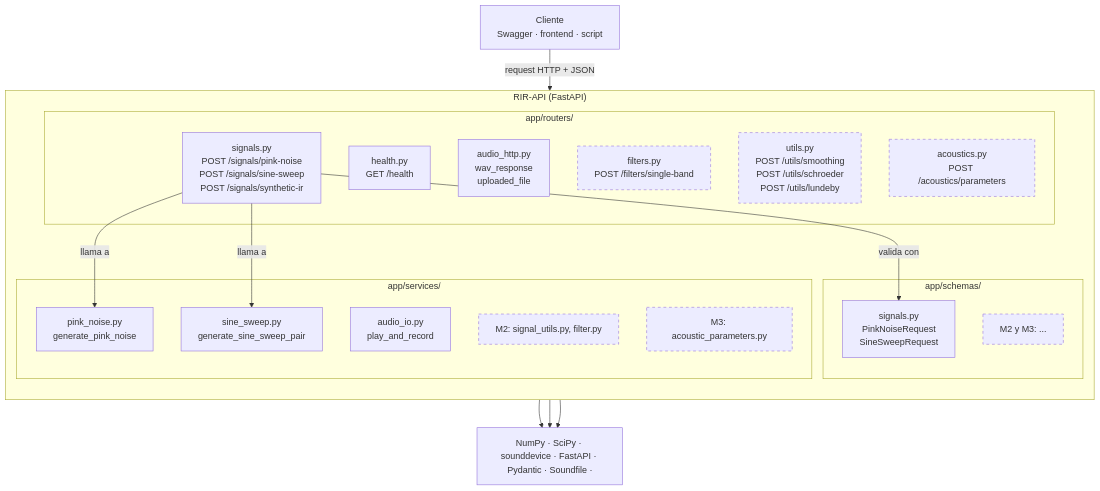
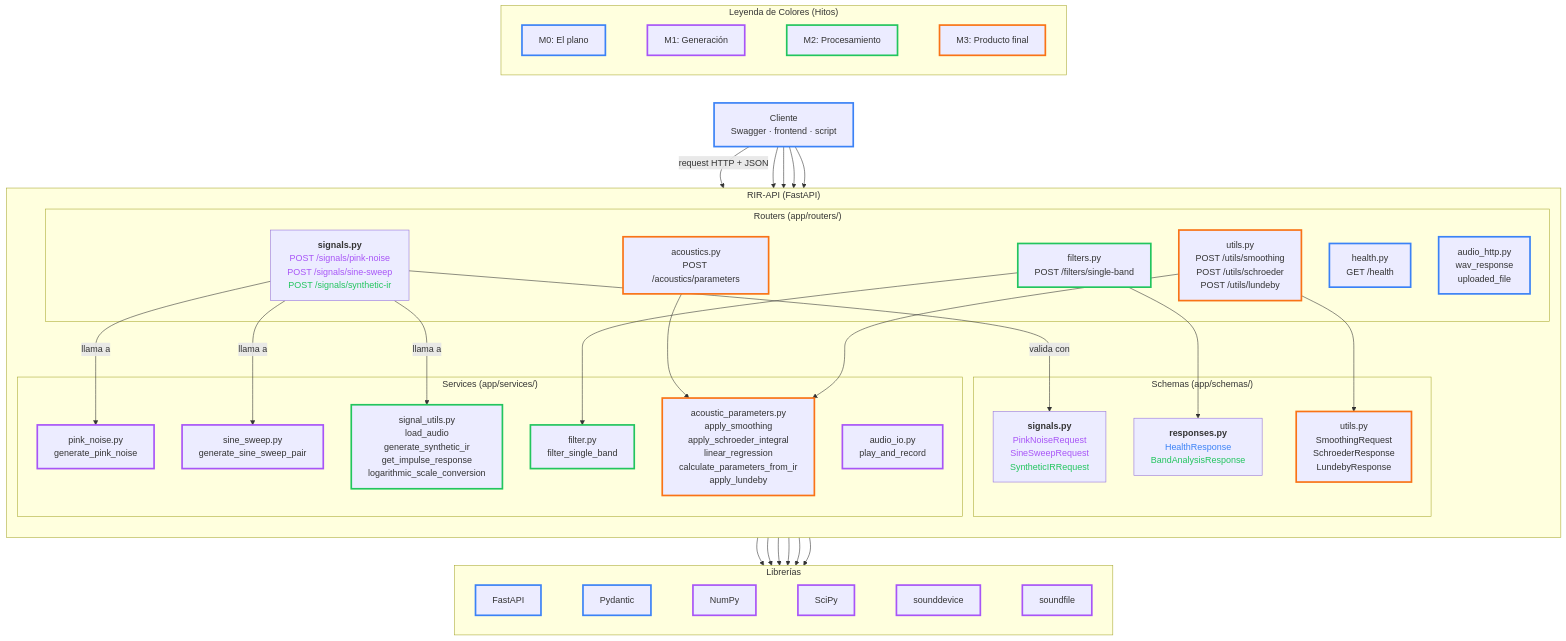
Before and after one commit to kowa2003/SyS-Trabajo-Practico-API-GRUPO-2: the diagram in README.md, drawn with Mermaid.

Commit message:
Diagrama de Arquitectura final

````diff
--- a/README.md
+++ b/README.md
@@ -135,36 +135,75 @@
 ```mermaid
 flowchart TB
-    C["Cliente<br/>Swagger · frontend · script"]
+    %% Definición de colores principales
+    classDef m0 stroke:#3b82f6,stroke-width:3px
+    classDef m1 stroke:#a855f7,stroke-width:3px
+    classDef m2 stroke:#22c55e,stroke-width:3px
+    classDef m3 stroke:#f97316,stroke-width:3px
+    
+    subgraph Leyenda["Leyenda de Colores (Hitos)"]
+        Leg0["M0: El plano"]:::m0 ~~~ Leg1["M1: Generación"]:::m1 ~~~ Leg2["M2: Procesamiento"]:::m2 ~~~ Leg3["M3: Producto final"]:::m3
+    end
+
+    Leyenda ~~~ C
+
+    C["Cliente<br/>Swagger · frontend · script"]:::m0
+    
     subgraph API["RIR-API (FastAPI)"]
         direction TB
-        subgraph R["app/routers/"]
-            RH["health.py<br/>GET /health"]
-            RAudio["audio_http.py<br/>wav_response<br/>uploaded_file"]
-            RS["signals.py<br/>POST /signals/pink-noise<br/>POST /signals/sine-sweep<br/>POST /signals/synthetic-ir"]
-            RFilters["filters.py<br/>POST /filters/single-band"]
-            RUtils["utils.py<br/>POST /utils/smoothing<br/>POST /utils/schroeder<br/>POST /utils/lundeby"]
-            RAcoustics["acoustics.py<br/>POST /acoustics/parameters"]
+        
+        subgraph R["Routers (app/routers/)"]
+            RH["health.py<br/>GET /health"]:::m0
+            RAudio["audio_http.py<br/>wav_response<br/>uploaded_file"]:::m0
+            RSignals["<b>signals.py</b><br/><span style='color:#a855f7'>POST /signals/pink-noise</span><br/><span style='color:#a855f7'>POST /signals/sine-sweep</span><br/><span style='color:#22c55e'>POST /signals/synthetic-ir</span>"]
+            RFilters["filters.py<br/>POST /filters/single-band"]:::m2
+            RUtils["utils.py<br/>POST /utils/smoothing<br/>POST /utils/schroeder<br/>POST /utils/lundeby"]:::m3
+            RAcoustics["acoustics.py<br/>POST /acoustics/parameters"]:::m3
         end
-        subgraph SC["app/schemas/"]
-            SS["signals.py<br/>PinkNoiseRequest<br/>SineSweepRequest"]
-            SM["M2 y M3: ..."]
+        
+        subgraph SC["Schemas (app/schemas/)"]
+            SResponses["<b>responses.py</b><br/><span style='color:#3b82f6'>HealthResponse</span><br/><span style='color:#22c55e'>BandAnalysisResponse</span>"]
+            SSignals["<b>signals.py</b><br/><span style='color:#a855f7'>PinkNoiseRequest</span><br/><span style='color:#a855f7'>SineSweepRequest</span><br/><span style='color:#22c55e'>SyntheticIRRequest</span>"]
+            SUtils["utils.py<br/>SmoothingRequest<br/>SchroederResponse<br/>LundebyResponse"]:::m3
         end
-        subgraph SV["app/services/"]
-            PN["pink_noise.py<br/>generate_pink_noise"]
-            SW["sine_sweep.py<br/>generate_sine_sweep_pair"]
-            IO["audio_io.py<br/>play_and_record"]
-            VM2["M2: signal_utils.py, filter.py"]
-            VM3["M3: acoustic_parameters.py"]
+        
+        subgraph SV["Services (app/services/)"]
+            PN["pink_noise.py<br/>generate_pink_noise"]:::m1
+            SW["sine_sweep.py<br/>generate_sine_sweep_pair"]:::m1
+            IO["audio_io.py<br/>play_and_record"]:::m1
+            SU["signal_utils.py<br/>load_audio<br/>generate_synthetic_ir<br/>get_impulse_response<br/>logarithmic_scale_conversion"]:::m2
+            SF["filter.py<br/>filter_single_band"]:::m2
+            AP["acoustic_parameters.py<br/>apply_smoothing<br/>apply_schroeder_integral<br/>linear_regression<br/>calculate_parameters_from_ir<br/>apply_lundeby"]:::m3
         end
     end
-    L["NumPy · SciPy · sounddevice · FastAPI · Pydantic · Soundfile · "]
-    C -->|"request HTTP + JSON"| RS
-    RS -->|"valida con"| SS
-    RS -->|"llama a"| PN
-    RS -->|"llama a"| SW
+    
+    subgraph L["Librerías"]
+        L_FA["FastAPI"]:::m0 ~~~ L_PY["Pydantic"]:::m0 ~~~ L_NP["NumPy"]:::m1 ~~~ L_SP["SciPy"]:::m1 ~~~ L_SD["sounddevice"]:::m1 ~~~ L_SF["soundfile"]:::m1
+    end
+
+    %% Conexiones y flujo de datos
+    C -->|"request HTTP + JSON"| RSignals
+    C --> RFilters
+    C --> RUtils
+    C --> RAcoustics
+    C --> RH
+    
+    RSignals -->|"valida con"| SSignals
+    RFilters --> SResponses
+    RUtils --> SUtils
+    
+    RSignals -->|"llama a"| PN
+    RSignals -->|"llama a"| SW
+    RSignals -->|"llama a"| SU
+    
+    RFilters --> SF
+    RUtils --> AP
+    RAcoustics --> AP
+    
+    %% Los servicios usan las librerías
     PN --> L
     SW --> L
     IO --> L
-    classDef pendiente stroke-dasharray: 5 5
-    class RFilters,RUtils,RAcoustics,SM,VM2,VM3 pendiente
+    SU --> L
+    SF --> L
+    AP --> L
 ```
````
